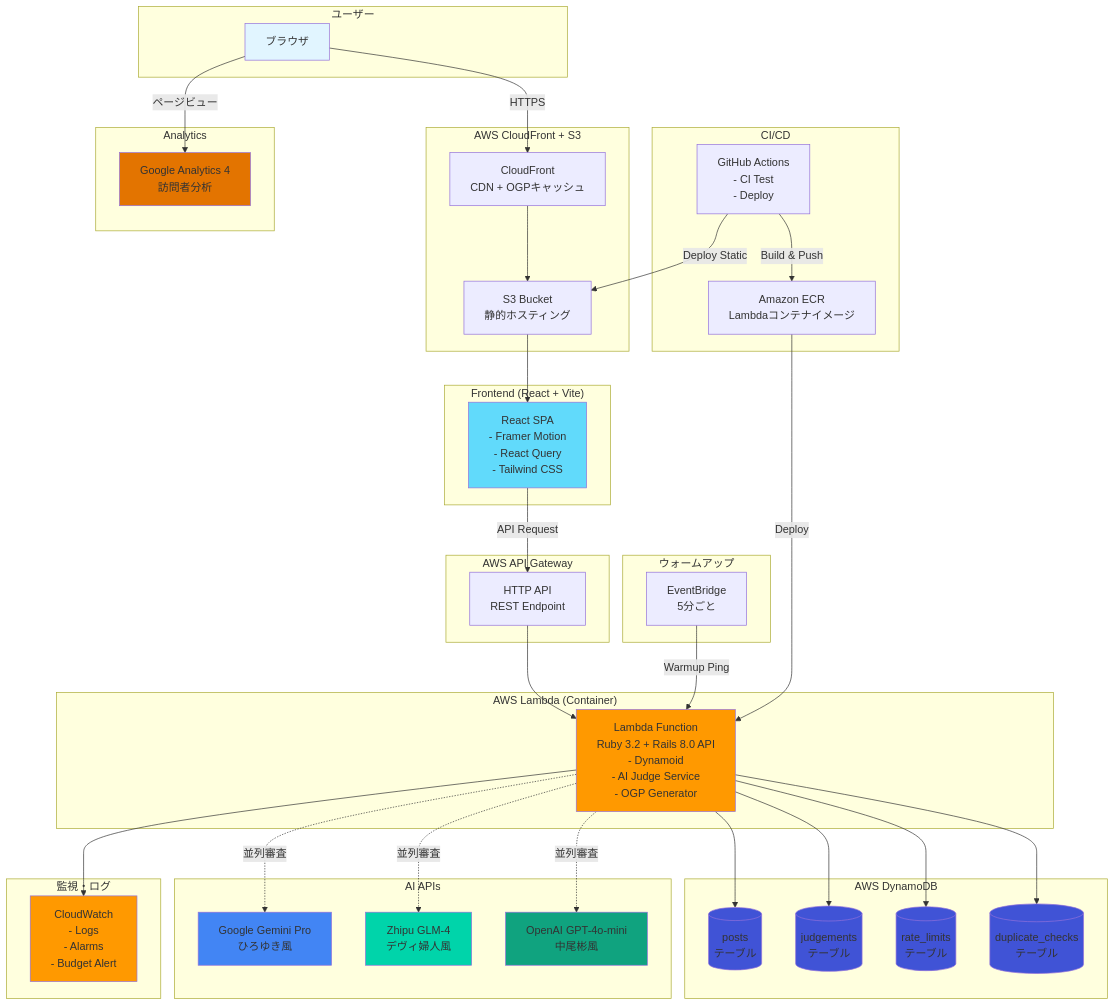
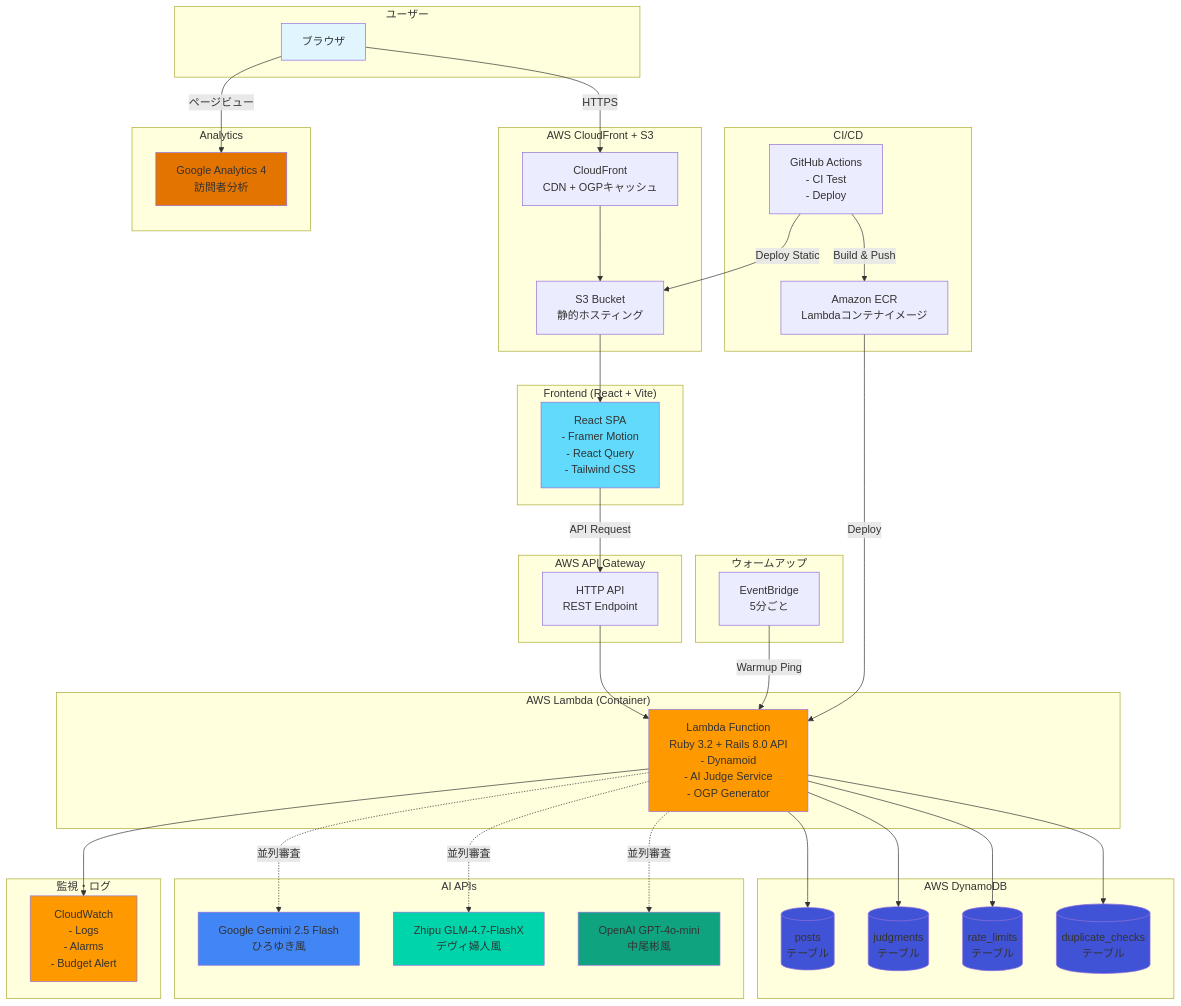
The diagram in README.md (Yadon987/aruaruarena), drawn with Mermaid before and after one commit. The commit also changed other lines of this file and 2 other files, not shown here.

```diff
--- a/README.md
+++ b/README.md
@@ -195,14 +195,14 @@
 
     subgraph "AWS DynamoDB"
         DynamoPosts[(posts<br/>テーブル)]
-        DynamoJudgements[(judgements<br/>テーブル)]
+        DynamoJudgments[(judgments<br/>テーブル)]
         DynamoRateLimits[(rate_limits<br/>テーブル)]
         DynamoDuplicateChecks[(duplicate_checks<br/>テーブル)]
     end
 
     subgraph "AI APIs"
-        Gemini[Google Gemini Pro<br/>ひろゆき風]
-        GLM4[Zhipu GLM-4<br/>デヴィ婦人風]
+        Gemini[Google Gemini 2.5 Flash<br/>ひろゆき風]
+        GLM4[Zhipu GLM-4.7-FlashX<br/>デヴィ婦人風]
         GPT[OpenAI GPT-4o-mini<br/>中尾彬風]
     end
 
@@ -233,7 +233,7 @@
     APIGateway --> Lambda
     
     Lambda --> DynamoPosts
-    Lambda --> DynamoJudgements
+    Lambda --> DynamoJudgments
     Lambda --> DynamoRateLimits
     Lambda --> DynamoDuplicateChecks
     
@@ -252,7 +252,7 @@
     style ReactApp fill:#61dafb
     style Lambda fill:#ff9900
     style DynamoPosts fill:#4053d6
-    style DynamoJudgements fill:#4053d6
+    style DynamoJudgments fill:#4053d6
     style DynamoRateLimits fill:#4053d6
     style DynamoDuplicateChecks fill:#4053d6
     style Gemini fill:#4285f4
```
